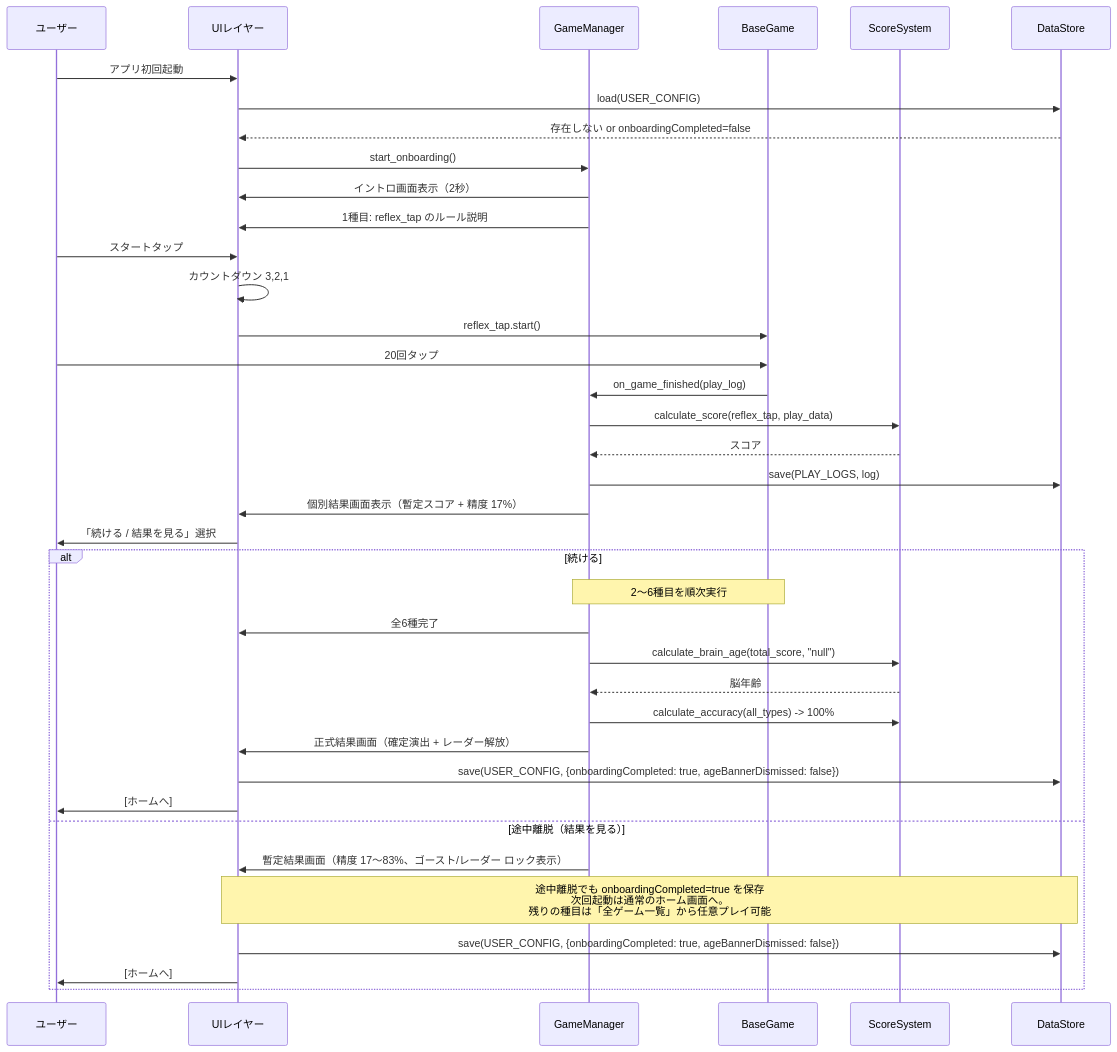
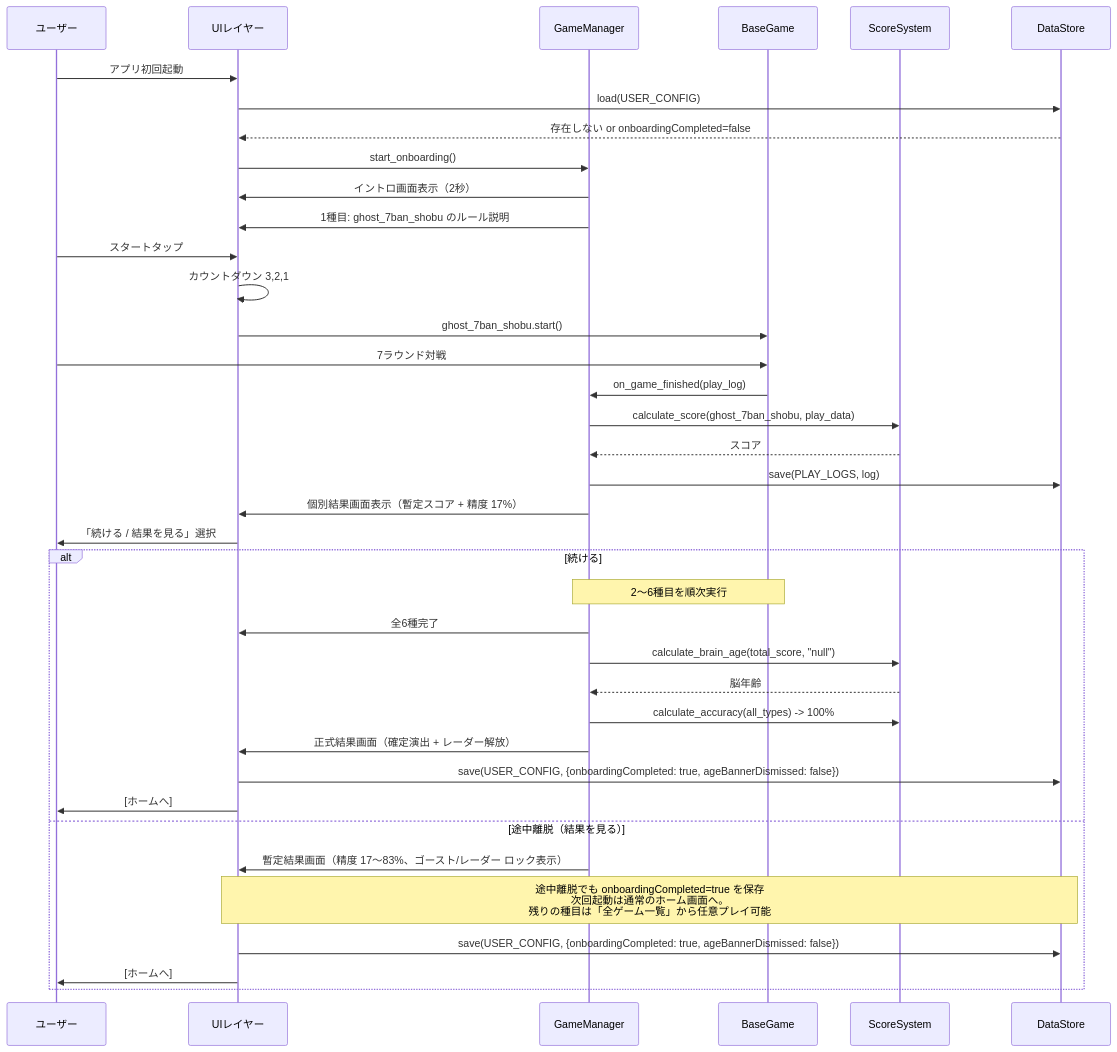
Before and after one commit to fukaor/Brain-Ghost: the third of 7 diagrams in docs/functional-design.md, drawn with Mermaid. The commit also changed other lines of this file and 124 other files, not shown here.

````diff
--- a/docs/functional-design.md
+++ b/docs/functional-design.md
@@ -631,42 +631,42 @@
 ```mermaid
 sequenceDiagram
     participant User as ユーザー
     participant UI as UIレイヤー
     participant GM as GameManager
     participant Games as BaseGame
     participant SS as ScoreSystem
     participant DS as DataStore
 
     User->>UI: アプリ初回起動
     UI->>DS: load(USER_CONFIG)
     DS-->>UI: 存在しない or onboardingCompleted=false
     UI->>GM: start_onboarding()
     GM->>UI: イントロ画面表示（2秒）
-    GM->>UI: 1種目: reflex_tap のルール説明
+    GM->>UI: 1種目: ghost_7ban_shobu のルール説明
     User->>UI: スタートタップ
     UI->>UI: カウントダウン 3,2,1
-    UI->>Games: reflex_tap.start()
-    User->>Games: 20回タップ
+    UI->>Games: ghost_7ban_shobu.start()
+    User->>Games: 7ラウンド対戦
     Games->>GM: on_game_finished(play_log)
-    GM->>SS: calculate_score(reflex_tap, play_data)
+    GM->>SS: calculate_score(ghost_7ban_shobu, play_data)
     SS-->>GM: スコア
     GM->>DS: save(PLAY_LOGS, log)
     GM->>UI: 個別結果画面表示（暫定スコア + 精度 17%）
     UI->>User: 「続ける / 結果を見る」選択
 
     alt 続ける
         Note over GM,Games: 2〜6種目を順次実行
         GM->>UI: 全6種完了
         GM->>SS: calculate_brain_age(total_score, "null")
         SS-->>GM: 脳年齢
         GM->>SS: calculate_accuracy(all_types) -> 100%
         GM->>UI: 正式結果画面（確定演出 + レーダー解放）
         UI->>DS: save(USER_CONFIG, {onboardingCompleted: true, ageBannerDismissed: false})
         UI->>User: [ホームへ]
     else 途中離脱（結果を見る）
         GM->>UI: 暫定結果画面（精度 17〜83%、ゴースト/レーダー ロック表示）
         Note over UI,DS: 途中離脱でも onboardingCompleted=true を保存<br/>次回起動は通常のホーム画面へ。<br/>残りの種目は「全ゲーム一覧」から任意プレイ可能
         UI->>DS: save(USER_CONFIG, {onboardingCompleted: true, ageBannerDismissed: false})
         UI->>User: [ホームへ]
     end
 ```
````
